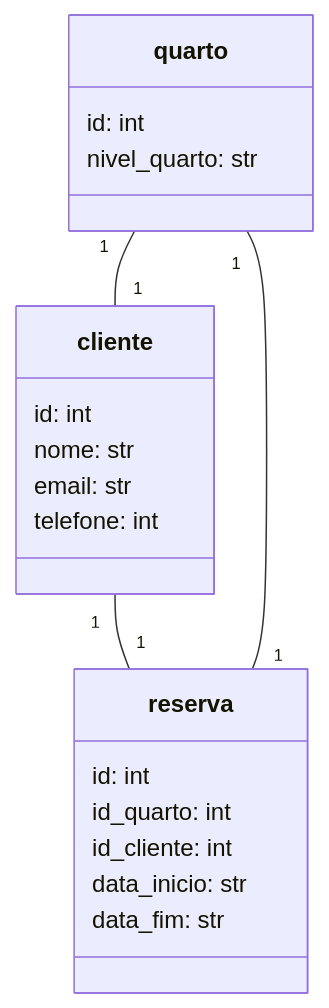
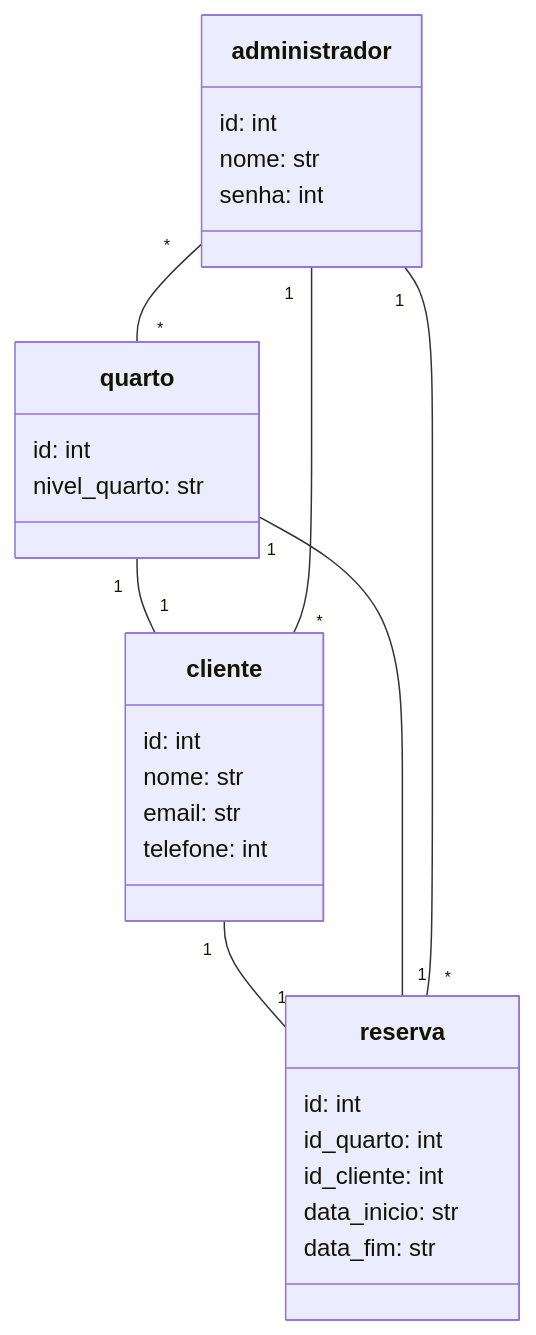
The diagram in README.md (tatielynobre/Hotel-pt2), drawn with Mermaid before and after one commit.

Commit message:
arrumando o readme

````diff
--- a/README.md
+++ b/README.md
@@ -1,23 +1,32 @@
 ```mermaid
 classDiagram
     class reserva{
     id: int
     id_quarto: int
     id_cliente: int
     data_inicio: str
     data_fim: str
 }
 class quarto{
     id: int
     nivel_quarto: str    
 }
 class cliente{
     id: int
     nome: str
     email: str
     telefone: int
 }
+class administrador{
+    id: int
+    nome: str
+    senha: int
+}
 cliente "1"--"1"reserva
 quarto "1"--"1" reserva
 quarto "1"--"1" cliente
+administrador "1"--"*" cliente
+administrador "1"--"*" reserva
+administrador "*"--"*" quarto
+
 ```
````
